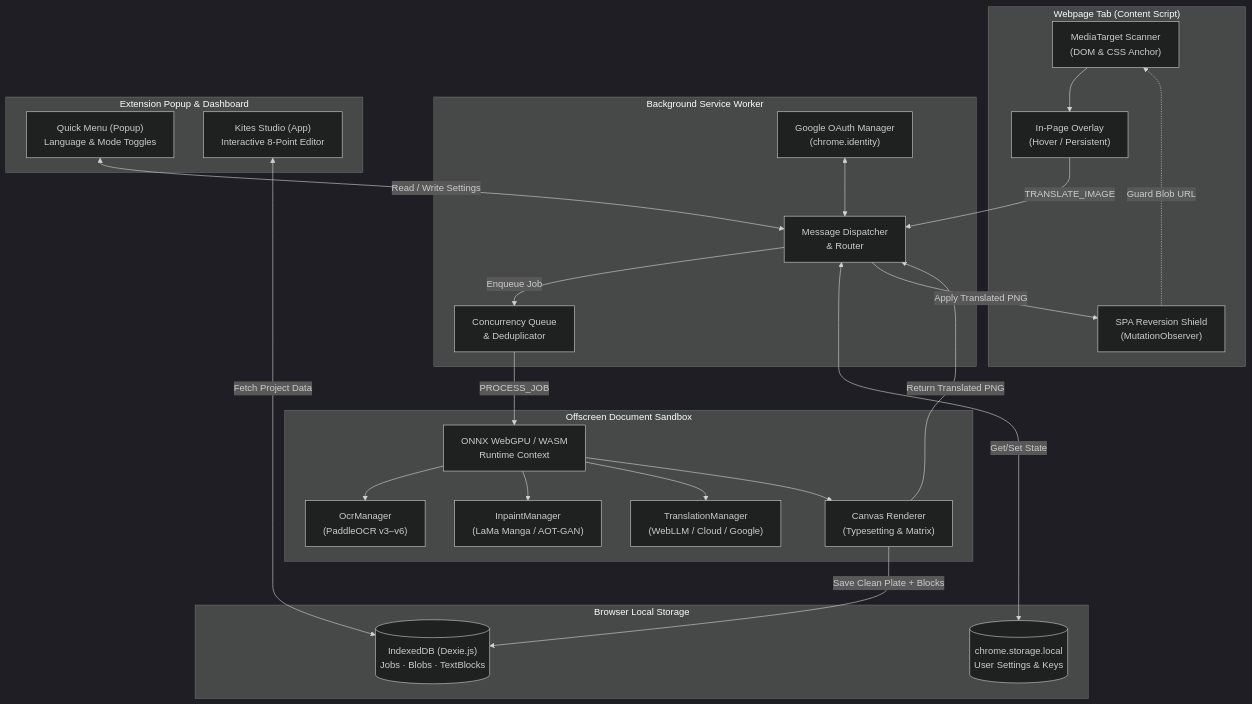
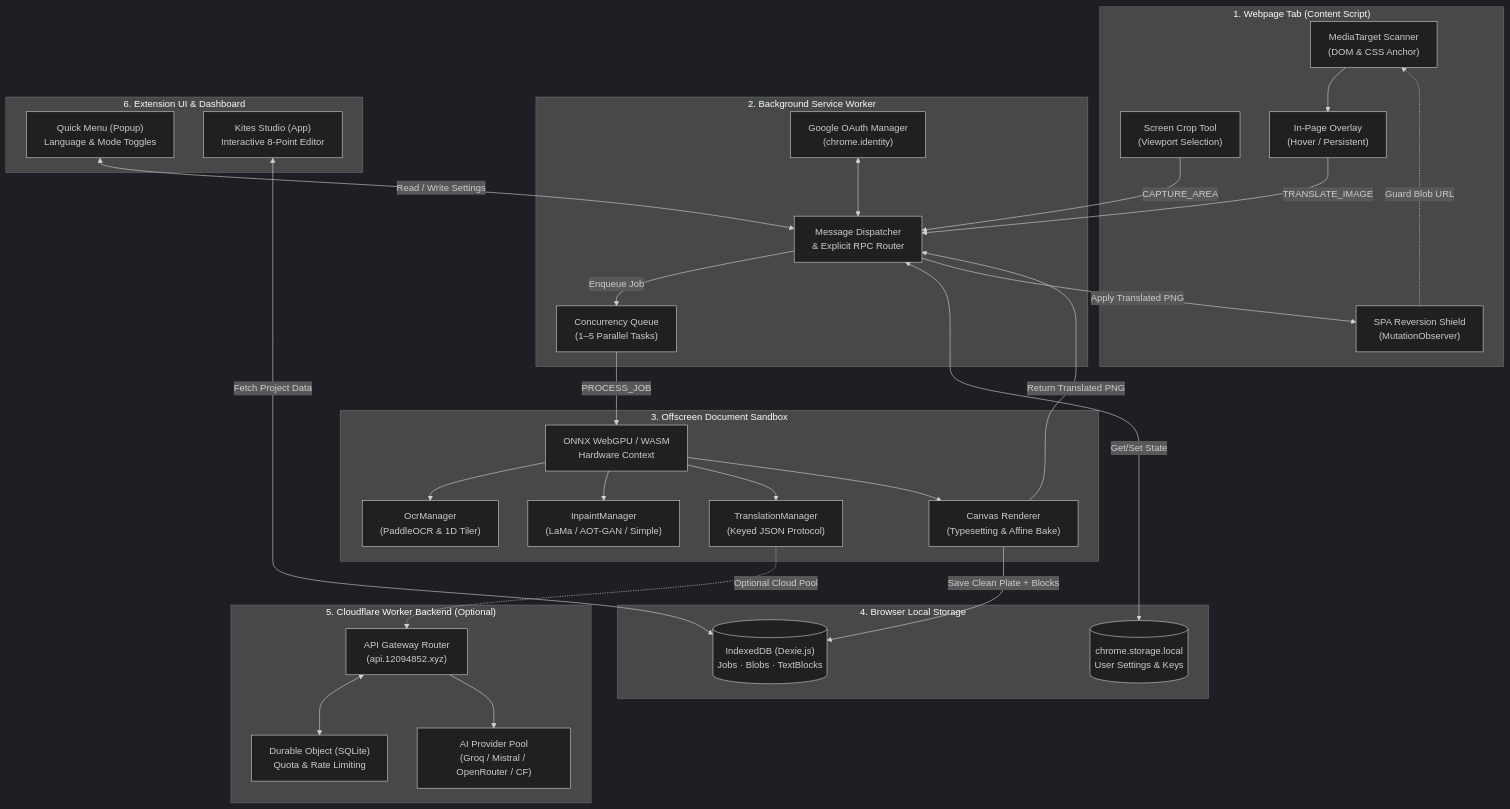
Before and after one commit to Unheat/Kites: the diagram in docs/architecture/overview.md, drawn with Mermaid (dark theme). The commit also changed other lines of this file and 11 other files, not shown here.

Commit message:
docs: expand comprehensive architectural documentation and ADRs

````diff
--- a/docs/architecture/overview.md
+++ b/docs/architecture/overview.md
@@ -15,53 +15,65 @@
 ```mermaid
 graph TB
-    subgraph BrowserTab["Webpage Tab (Content Script)"]
+    subgraph BrowserTab["1. Webpage Tab (Content Script)"]
         Scanner["MediaTarget Scanner<br/>(DOM & CSS Anchor)"]
         Shield["SPA Reversion Shield<br/>(MutationObserver)"]
+        ScreenCrop["Screen Crop Tool<br/>(Viewport Selection)"]
         UIButtons["In-Page Overlay<br/>(Hover / Persistent)"]
     end
 
-    subgraph ExtensionServiceWorker["Background Service Worker"]
-        Hub["Message Dispatcher<br/>& Router"]
-        Queue["Concurrency Queue<br/>& Deduplicator"]
+    subgraph ExtensionServiceWorker["2. Background Service Worker"]
+        Hub["Message Dispatcher<br/>& Explicit RPC Router"]
+        Queue["Concurrency Queue<br/>(1–5 Parallel Tasks)"]
         OAuth["Google OAuth Manager<br/>(chrome.identity)"]
     end
 
-    subgraph OffscreenDoc["Offscreen Document Sandbox"]
-        WebGPU["ONNX WebGPU / WASM<br/>Runtime Context"]
-        OcrSvc["OcrManager<br/>(PaddleOCR v3–v6)"]
-        InpaintSvc["InpaintManager<br/>(LaMa Manga / AOT-GAN)"]
-        TransSvc["TranslationManager<br/>(WebLLM / Cloud / Google)"]
-        RenderSvc["Canvas Renderer<br/>(Typesetting & Matrix)"]
+    subgraph OffscreenDoc["3. Offscreen Document Sandbox"]
+        WebGPU["ONNX WebGPU / WASM<br/>Hardware Context"]
+        OcrSvc["OcrManager<br/>(PaddleOCR & 1D Tiler)"]
+        InpaintSvc["InpaintManager<br/>(LaMa / AOT-GAN / Simple)"]
+        TransSvc["TranslationManager<br/>(Keyed JSON Protocol)"]
+        RenderSvc["Canvas Renderer<br/>(Typesetting & Affine Bake)"]
     end
 
-    subgraph LocalStorage["Browser Local Storage"]
+    subgraph LocalStorage["4. Browser Local Storage"]
         DexieDB[("IndexedDB (Dexie.js)<br/>Jobs · Blobs · TextBlocks")]
         LocalStore[("chrome.storage.local<br/>User Settings & Keys")]
     end
 
-    subgraph PopupUI["Extension Popup & Dashboard"]
+    subgraph CloudflareBackend["5. Cloudflare Worker Backend (Optional)"]
+        WorkerRouter["API Gateway Router<br/>(api.12094852.xyz)"]
+        WorkerDO["Durable Object (SQLite)<br/>Quota & Rate Limiting"]
+        ProviderPool["AI Provider Pool<br/>(Groq / Mistral / OpenRouter / CF)"]
+    end
+
+    subgraph DesktopUI["6. Extension UI & Dashboard"]
         PopupView["Quick Menu (Popup)<br/>Language & Mode Toggles"]
         StudioApp["Kites Studio (App)<br/>Interactive 8-Point Editor"]
     end
 
     UIButtons -->|TRANSLATE_IMAGE| Hub
     Scanner --> UIButtons
     Shield -.->|Guard Blob URL| Scanner
+    ScreenCrop -->|CAPTURE_AREA| Hub
 
     Hub -->|Enqueue Job| Queue
     Queue -->|PROCESS_JOB| WebGPU
     Hub <-->|Get/Set State| LocalStore
     OAuth <--> Hub
 
     WebGPU --> OcrSvc
     WebGPU --> InpaintSvc
     WebGPU --> TransSvc
     WebGPU --> RenderSvc
 
+    TransSvc -.->|Optional Cloud Pool| WorkerRouter
+    WorkerRouter <--> WorkerDO
+    WorkerRouter --> ProviderPool
+
     RenderSvc -->|Save Clean Plate + Blocks| DexieDB
     RenderSvc -->|Return Translated PNG| Hub
     Hub -->|Apply Translated PNG| Shield
 
     PopupView <-->|Read / Write Settings| Hub
     StudioApp <-->|Fetch Project Data| DexieDB
 ```
````
